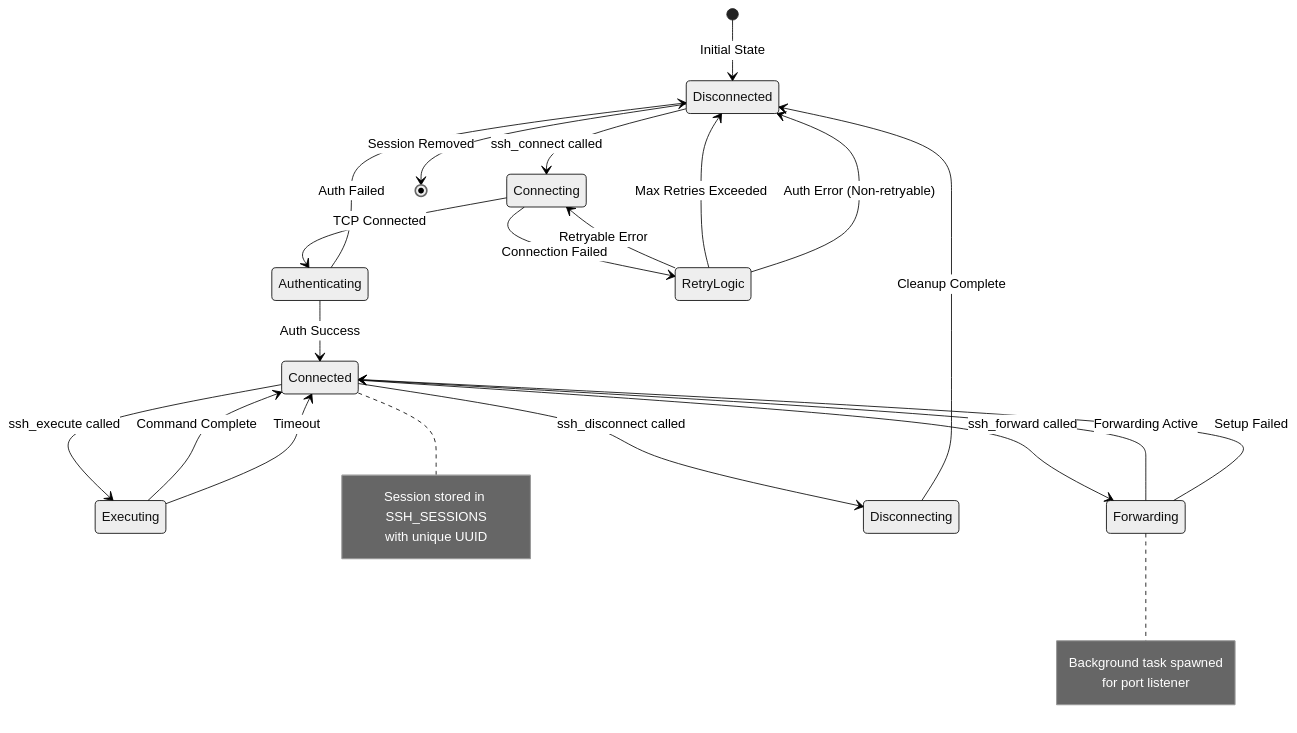
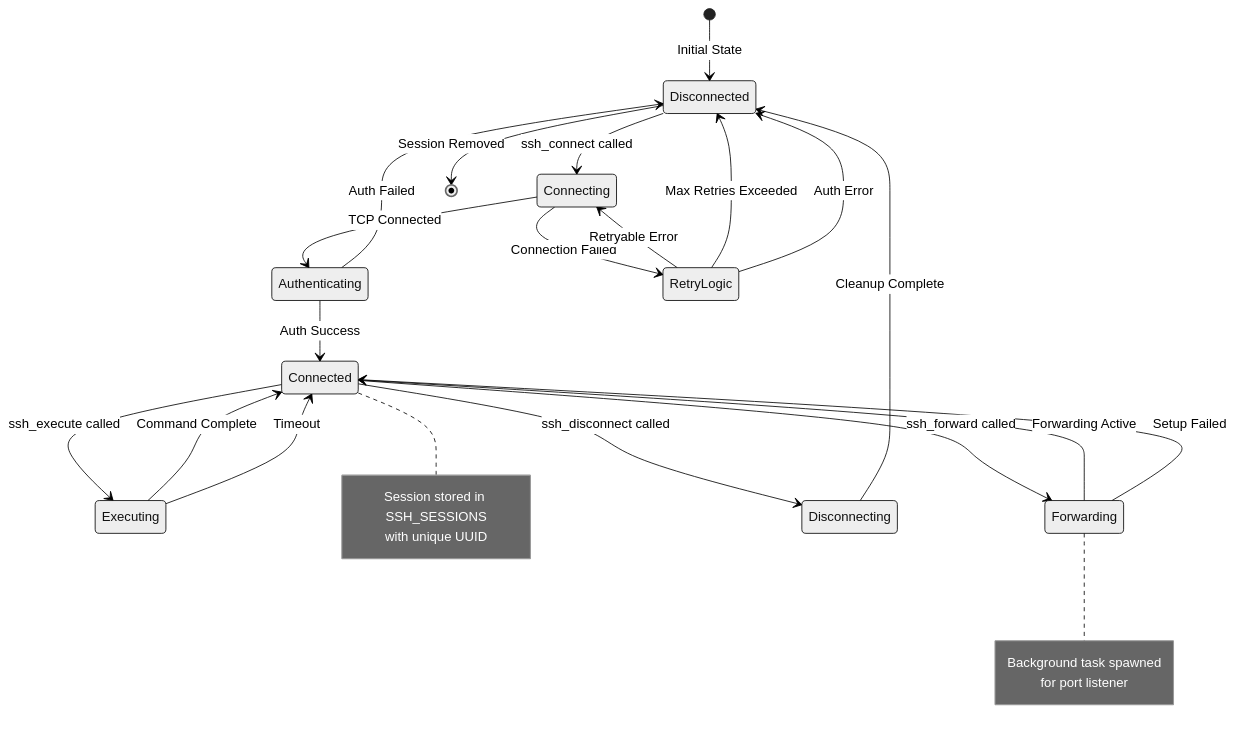
Before and after one commit to farchanjo/ssh-mcp: the first of 12 diagrams in docs/FLOWS.md, drawn with Mermaid (neutral theme). The commit also changed 1 other file, not shown here.

Commit message:
fix(docs): resolve Mermaid parsing errors in state diagrams
Remove special characters from stateDiagram transition labels:
- Remove parentheses from transition descriptions
- Remove caret (^) exponents from delay descriptions
- Simplify note text to avoid colons

These characters were causing GitHub's Mermaid renderer to fail.

````diff
--- a/docs/FLOWS.md
+++ b/docs/FLOWS.md
@@ -20,40 +20,40 @@
 ```mermaid
 stateDiagram-v2
     [*] --> Disconnected: Initial State
 
     Disconnected --> Connecting: ssh_connect called
 
     Connecting --> Authenticating: TCP Connected
     Connecting --> RetryLogic: Connection Failed
 
     RetryLogic --> Connecting: Retryable Error
     RetryLogic --> Disconnected: Max Retries Exceeded
-    RetryLogic --> Disconnected: Auth Error (Non-retryable)
+    RetryLogic --> Disconnected: Auth Error
 
     Authenticating --> Connected: Auth Success
     Authenticating --> Disconnected: Auth Failed
 
     Connected --> Executing: ssh_execute called
     Connected --> Forwarding: ssh_forward called
     Connected --> Disconnecting: ssh_disconnect called
 
     Executing --> Connected: Command Complete
     Executing --> Connected: Timeout
 
     Forwarding --> Connected: Forwarding Active
     Forwarding --> Connected: Setup Failed
 
     Disconnecting --> Disconnected: Cleanup Complete
 
     Disconnected --> [*]: Session Removed
 
     note right of Connected
         Session stored in SSH_SESSIONS
         with unique UUID
     end note
 
     note right of Forwarding
         Background task spawned
         for port listener
     end note
 ```
````
